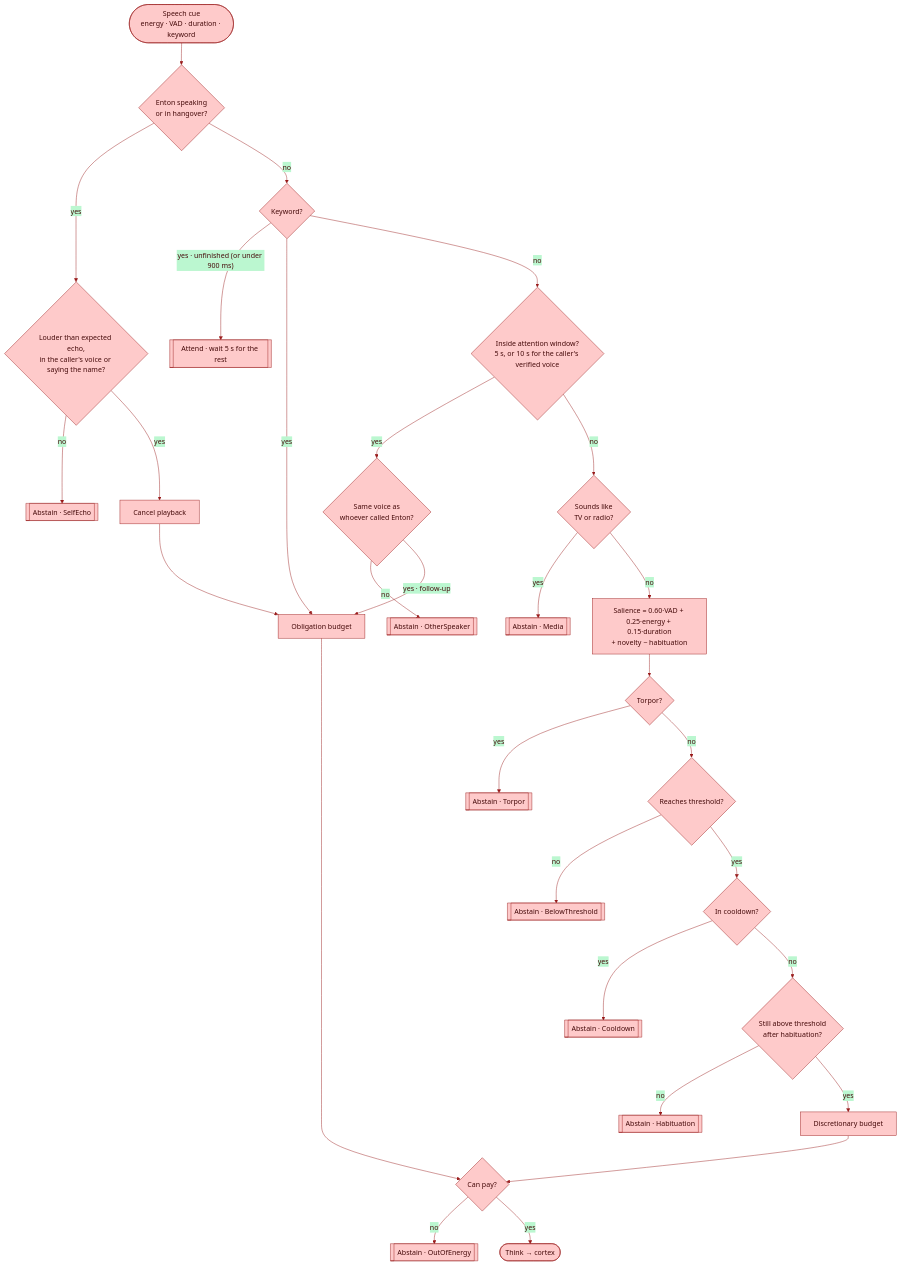
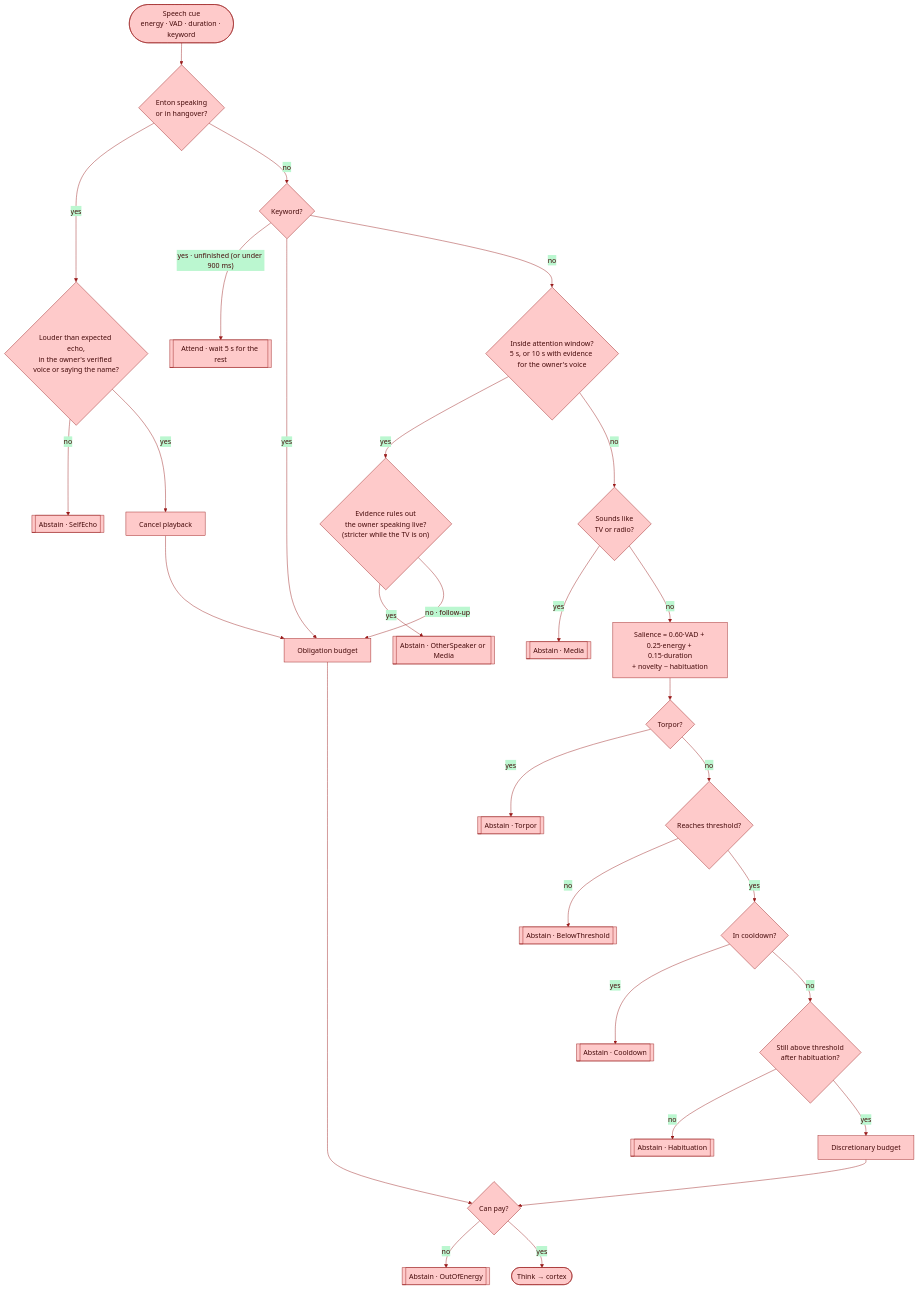
Before and after one commit to gabrielmaialva33/enton: the second of 3 diagrams in README.md, drawn with Mermaid. The commit also changed other lines of this file and 1 other file, not shown here.

First line of the commit message:
docs: document calibrated evidence, TV tracking, and benchmark 3.0.0 results

````diff
--- a/README.md
+++ b/README.md
@@ -205,31 +205,31 @@
 ```mermaid
 %%{init: {'theme': 'base', 'themeVariables': {'primaryColor': '#fecaca', 'primaryTextColor': '#450a0a', 'primaryBorderColor': '#991b1b', 'secondaryColor': '#bbf7d0', 'secondaryTextColor': '#052e16', 'secondaryBorderColor': '#166534', 'tertiaryColor': '#fee2e2', 'tertiaryTextColor': '#450a0a', 'lineColor': '#991b1b', 'textColor': '#1c1917'}}}%%
 flowchart TD
     CUE(["Speech cue<br/>energy · VAD · duration · keyword"]) --> ECHO{"Enton speaking<br/>or in hangover?"}
-    ECHO -- yes --> BARGE{"Louder than expected echo,<br/>in the caller's voice or saying the name?"}
+    ECHO -- yes --> BARGE{"Louder than expected echo,<br/>in the owner's verified voice or saying the name?"}
     BARGE -- no --> A_ECHO[["Abstain · SelfEcho"]]
     BARGE -- yes --> CANCEL["Cancel playback"] --> OBL
     ECHO -- no --> KW{"Keyword?"}
     KW -- "yes · unfinished (or under 900 ms)" --> ATTEND[["Attend · wait 5 s for the rest"]]
     KW -- yes --> OBL["Obligation budget"]
-    KW -- no --> WIN{"Inside attention window?<br/>5 s, or 10 s for the caller's verified voice"}
-    WIN -- yes --> SPK{"Same voice as<br/>whoever called Enton?"}
-    SPK -- no --> A_O[["Abstain · OtherSpeaker"]]
-    SPK -- "yes · follow-up" --> OBL
+    KW -- no --> WIN{"Inside attention window?<br/>5 s, or 10 s with evidence for the owner's voice"}
+    WIN -- yes --> SPK{"Evidence rules out<br/>the owner speaking live?<br/>(stricter while the TV is on)"}
+    SPK -- yes --> A_O[["Abstain · OtherSpeaker or Media"]]
+    SPK -- "no · follow-up" --> OBL
     WIN -- no --> MED{"Sounds like<br/>TV or radio?"}
     MED -- yes --> A_M[["Abstain · Media"]]
     MED -- no --> SAL["Salience = 0.60·VAD + 0.25·energy + 0.15·duration<br/>+ novelty − habituation"]
     SAL --> TORPOR{"Torpor?"}
     TORPOR -- yes --> A_T[["Abstain · Torpor"]]
     TORPOR -- no --> TH{"Reaches threshold?"}
     TH -- no --> A_B[["Abstain · BelowThreshold"]]
     TH -- yes --> CD{"In cooldown?"}
     CD -- yes --> A_C[["Abstain · Cooldown"]]
     CD -- no --> HAB{"Still above threshold<br/>after habituation?"}
     HAB -- no --> A_H[["Abstain · Habituation"]]
     HAB -- yes --> DIS["Discretionary budget"]
     OBL --> PAY{"Can pay?"}
     DIS --> PAY
     PAY -- no --> A_E[["Abstain · OutOfEnergy"]]
     PAY -- yes --> THINK(["Think → cortex"])
 ```
````
